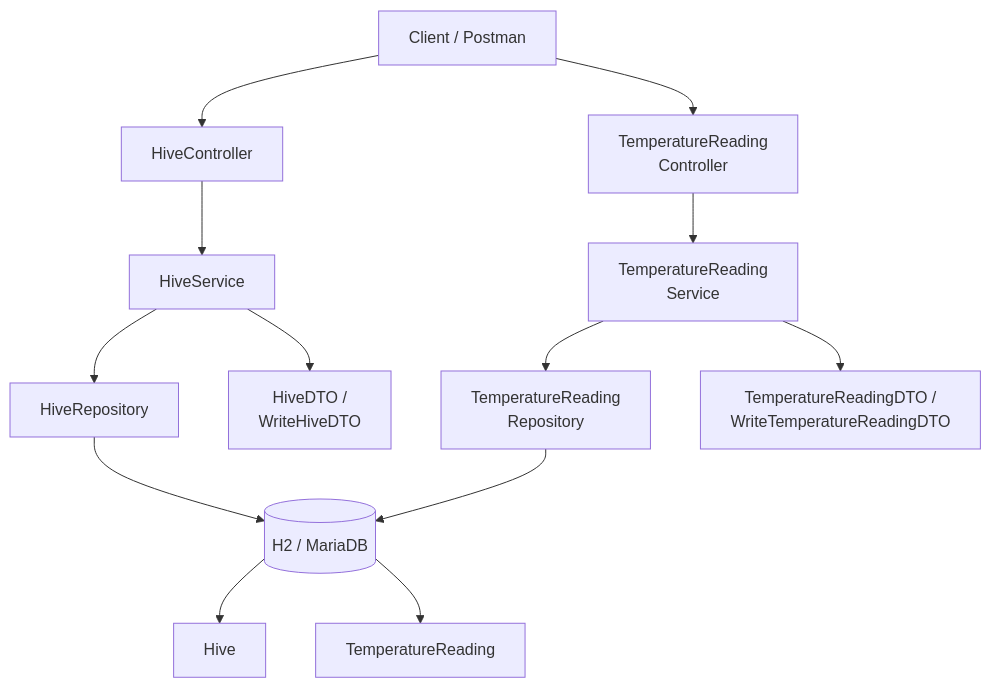
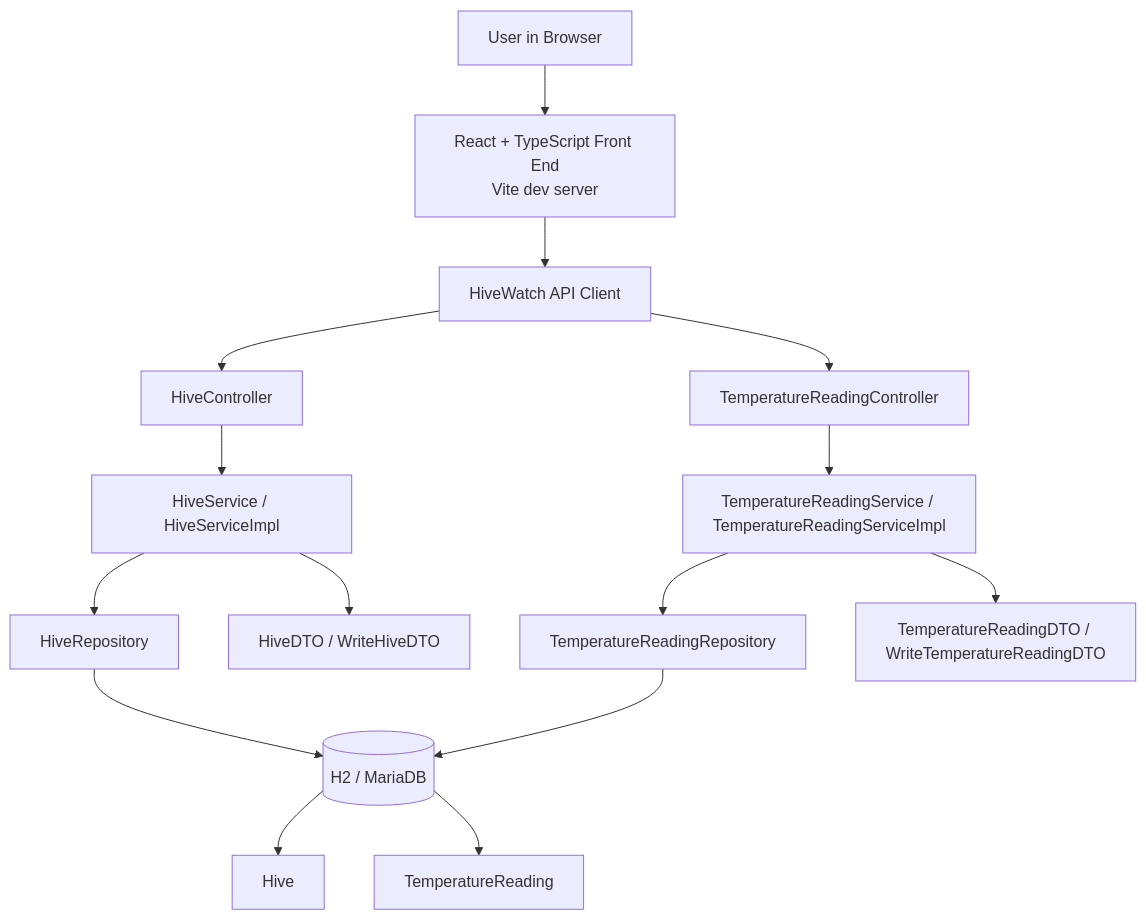
One commit to sdaly-ie/hivewatch-lite changed the diagram in README.md. Above: the diagram before and after it, drawn with Mermaid. The commit also changed other lines of this file, not shown here.

Commit message:
Update README to reflect full-stack project and React UI

````diff
--- a/README.md
+++ b/README.md
@@ -67,20 +71,22 @@
 ```mermaid
 flowchart TD
-    A["Client / Postman"] --> B["HiveController"]
-    A --> C["TemperatureReading<br/>Controller"]
+    A["User in Browser"] --> B["React + TypeScript Front End<br/>Vite dev server"]
+    B --> C["HiveWatch API Client"]
+    C --> D["HiveController"]
+    C --> E["TemperatureReadingController"]
 
-    B --> D["HiveService"]
-    C --> E["TemperatureReading<br/>Service"]
+    D --> F["HiveService / HiveServiceImpl"]
+    E --> G["TemperatureReadingService / TemperatureReadingServiceImpl"]
 
-    D --> F["HiveRepository"]
-    D --> G["HiveDTO /<br/>WriteHiveDTO"]
+    F --> H["HiveRepository"]
+    G --> I["TemperatureReadingRepository"]
 
-    E --> H["TemperatureReading<br/>Repository"]
-    E --> I["TemperatureReadingDTO /<br/>WriteTemperatureReadingDTO"]
+    F --> J["HiveDTO / WriteHiveDTO"]
+    G --> K["TemperatureReadingDTO / WriteTemperatureReadingDTO"]
 
-    F --> J[("H2 / MariaDB")]
-    H --> J
+    H --> L[("H2 / MariaDB")]
+    I --> L
 
-    J --> K["Hive"]
-    J --> L["TemperatureReading"]
+    L --> M["Hive"]
+    L --> N["TemperatureReading"]
 ```
````
